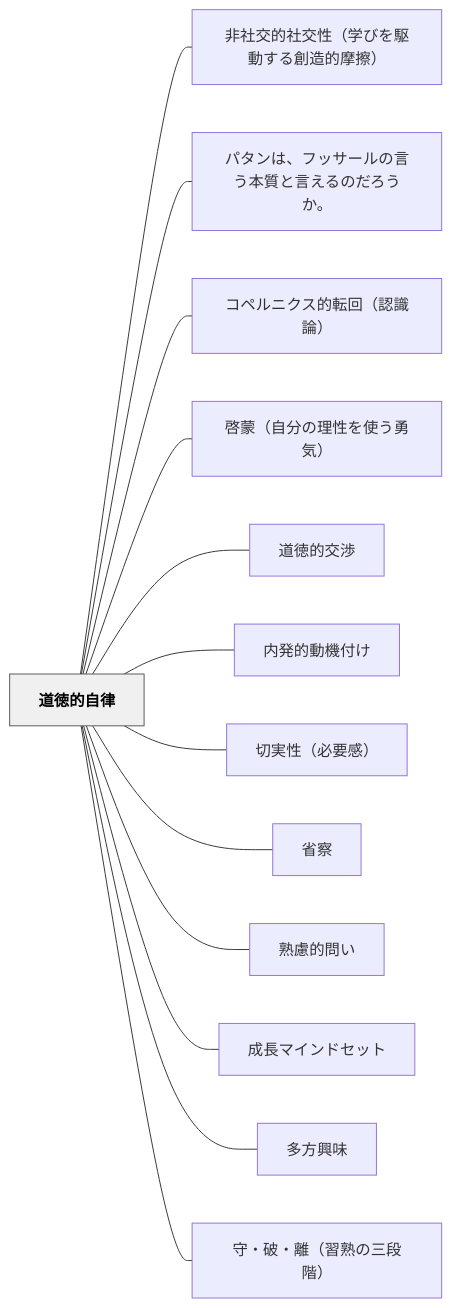
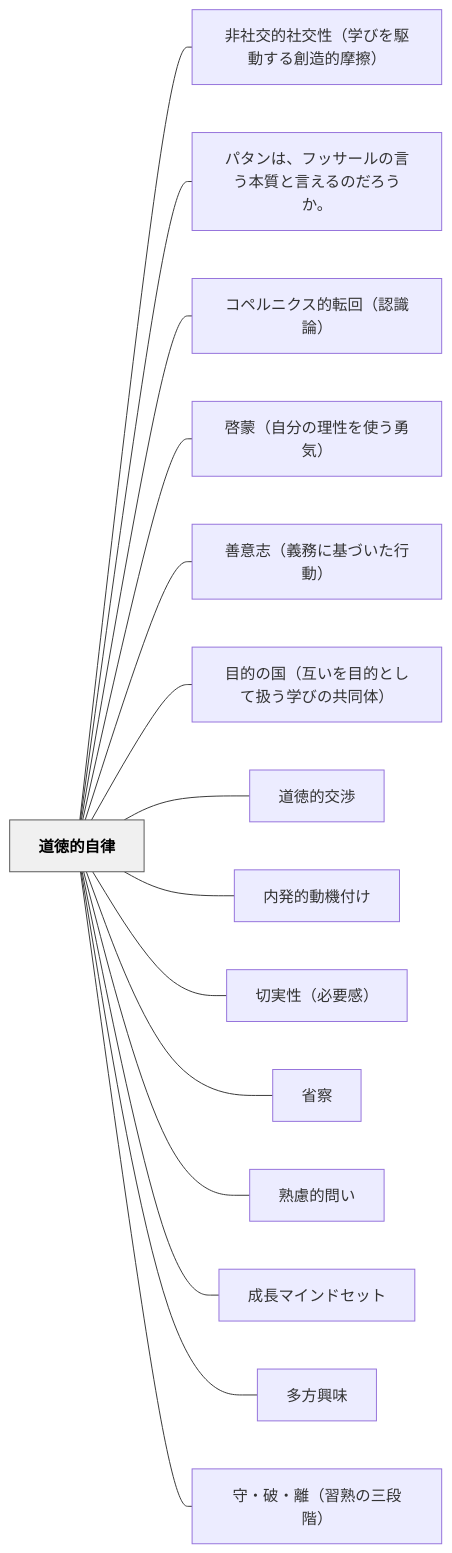
The diagram in content/パタン/道徳的自律.md (unknownthings-ed-patterns/unknownthings-ed-patterns), drawn with Mermaid before and after one commit. The commit also changed other lines of this file and 18 other files, not shown here.

````diff
--- a/content/パタン/道徳的自律.md
+++ b/content/パタン/道徳的自律.md
@@ -112,32 +121,36 @@
 ```mermaid
 flowchart LR
     ne98193e5beb3e79a84e887aae5be8b["道徳的自律"]
     ne99d9ee7a4bee4baa4e79a84e7a4bee4baa4e680a7efbc88e5ada6e381b3e38292e9a786e58b95e38199e3828be589b5e980a0e79a84e691a9e693a6efbc89["非社交的社交性（学びを駆動する創造的摩擦）"]
     ne38391e382bfe383b3e381afe38081e38395e38383e382b5e383bce383abe381aee8a880e38186e69cace8b3aae381a8e8a880e38188e3828be381aee381a0e3828de38186e3818be38082["パタンは、フッサールの言う本質と言えるのだろうか。"]
     ne382b3e3839ae383abe3838be382afe382b9e79a84e8bba2e59b9eefbc88e8aa8de8ad98e8ab96efbc89["コペルニクス的転回（認識論）"]
     ne59593e89299efbc88e887aae58886e381aee79086e680a7e38292e4bdbfe38186e58b87e6b097efbc89["啓蒙（自分の理性を使う勇気）"]
+    ne59684e6848fe5bf97efbc88e7bea9e58b99e381abe59fbae381a5e38184e3819fe8a18ce58b95efbc89["善意志（義務に基づいた行動）"]
+    ne79baee79a84e381aee59bbdefbc88e4ba92e38184e38292e79baee79a84e381a8e38197e381a6e689b1e38186e5ada6e381b3e381aee585b1e5908ce4bd93efbc89["目的の国（互いを目的として扱う学びの共同体）"]
     ne98193e5beb3e79a84e4baa4e6b889["道徳的交渉"]
     ne58685e799bae79a84e58b95e6a99fe4bb98e38191["内発的動機付け"]
     ne58887e5ae9fe680a7efbc88e5bf85e8a681e6849fefbc89["切実性（必要感）"]
     ne79c81e5af9f["省察"]
     ne7869fe685aee79a84e5958fe38184["熟慮的問い"]
     ne68890e995b7e3839ee382a4e383b3e38389e382bbe38383e38388["成長マインドセット"]
     ne5a49ae696b9e88888e591b3["多方興味"]
     ne5ae88e383bbe7a0b4e383bbe99ba2efbc88e7bf92e7869fe381aee4b889e6aeb5e99a8eefbc89["守・破・離（習熟の三段階）"]
 
     ne98193e5beb3e79a84e887aae5be8b --- ne99d9ee7a4bee4baa4e79a84e7a4bee4baa4e680a7efbc88e5ada6e381b3e38292e9a786e58b95e38199e3828be589b5e980a0e79a84e691a9e693a6efbc89
     ne98193e5beb3e79a84e887aae5be8b --- ne38391e382bfe383b3e381afe38081e38395e38383e382b5e383bce383abe381aee8a880e38186e69cace8b3aae381a8e8a880e38188e3828be381aee381a0e3828de38186e3818be38082
     ne98193e5beb3e79a84e887aae5be8b --- ne382b3e3839ae383abe3838be382afe382b9e79a84e8bba2e59b9eefbc88e8aa8de8ad98e8ab96efbc89
     ne98193e5beb3e79a84e887aae5be8b --- ne59593e89299efbc88e887aae58886e381aee79086e680a7e38292e4bdbfe38186e58b87e6b097efbc89
+    ne98193e5beb3e79a84e887aae5be8b --- ne59684e6848fe5bf97efbc88e7bea9e58b99e381abe59fbae381a5e38184e3819fe8a18ce58b95efbc89
+    ne98193e5beb3e79a84e887aae5be8b --- ne79baee79a84e381aee59bbdefbc88e4ba92e38184e38292e79baee79a84e381a8e38197e381a6e689b1e38186e5ada6e381b3e381aee585b1e5908ce4bd93efbc89
     ne98193e5beb3e79a84e887aae5be8b --- ne98193e5beb3e79a84e4baa4e6b889
     ne98193e5beb3e79a84e887aae5be8b --- ne58685e799bae79a84e58b95e6a99fe4bb98e38191
     ne98193e5beb3e79a84e887aae5be8b --- ne58887e5ae9fe680a7efbc88e5bf85e8a681e6849fefbc89
     ne98193e5beb3e79a84e887aae5be8b --- ne79c81e5af9f
     ne98193e5beb3e79a84e887aae5be8b --- ne7869fe685aee79a84e5958fe38184
     ne98193e5beb3e79a84e887aae5be8b --- ne68890e995b7e3839ee382a4e383b3e38389e382bbe38383e38388
     ne98193e5beb3e79a84e887aae5be8b --- ne5a49ae696b9e88888e591b3
     ne98193e5beb3e79a84e887aae5be8b --- ne5ae88e383bbe7a0b4e383bbe99ba2efbc88e7bf92e7869fe381aee4b889e6aeb5e99a8eefbc89
 
     classDef hub fill:#f0f0f0,stroke:#555,color:#000,font-weight:bold
     class ne98193e5beb3e79a84e887aae5be8b hub
 ```
````
